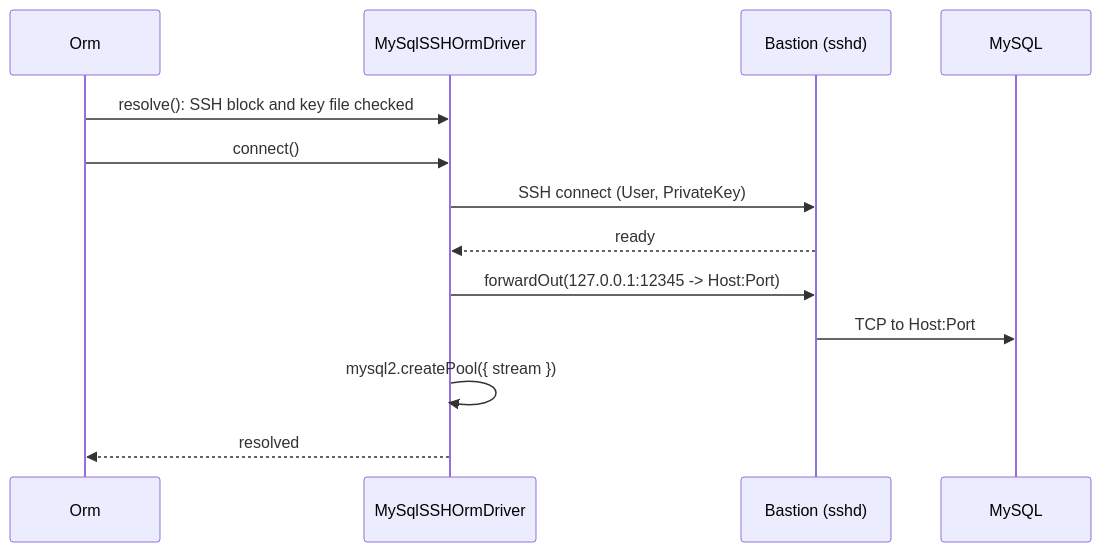
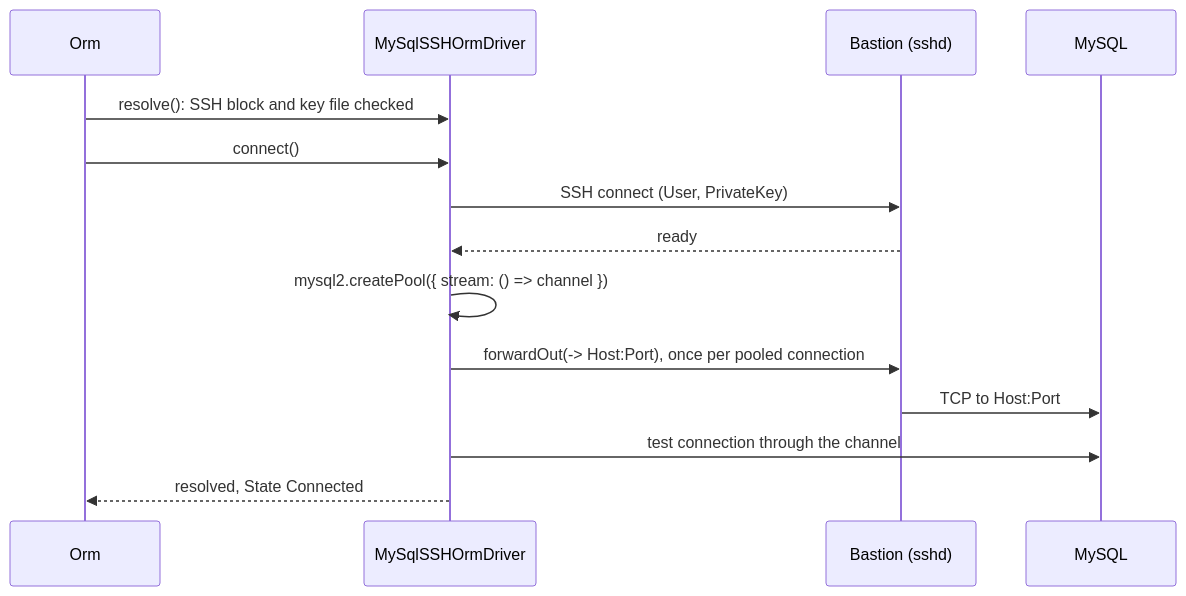
One commit to spinajs/main changed the diagram in docs/orm-mysql/02-ssh-tunnel.md. Above: the diagram before and after it, drawn with Mermaid. The commit also changed other lines of this file and 11 other files, not shown here.

First line of the commit message:
fix(orm-mysql): pass connection options, replace pools safely, tunnel each ssh connection, reflect missing tables as null

````diff
--- a/docs/orm-mysql/02-ssh-tunnel.md
+++ b/docs/orm-mysql/02-ssh-tunnel.md
@@ -19,15 +19,16 @@
 ```mermaid
 sequenceDiagram
   participant O as Orm
   participant D as MySqlSSHOrmDriver
   participant S as Bastion (sshd)
   participant M as MySQL
   O->>D: resolve(): SSH block and key file checked
   O->>D: connect()
   D->>S: SSH connect (User, PrivateKey)
   S-->>D: ready
-  D->>S: forwardOut(127.0.0.1:12345 -> Host:Port)
+  D->>D: mysql2.createPool({ stream: () => channel })
+  D->>S: forwardOut(-> Host:Port), once per pooled connection
   S->>M: TCP to Host:Port
-  D->>D: mysql2.createPool({ stream })
-  D-->>O: resolved
+  D->>M: test connection through the channel
+  D-->>O: resolved, State Connected
 ```
````
